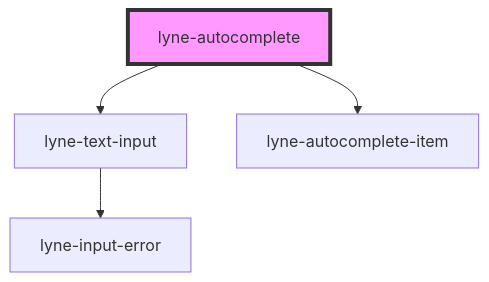
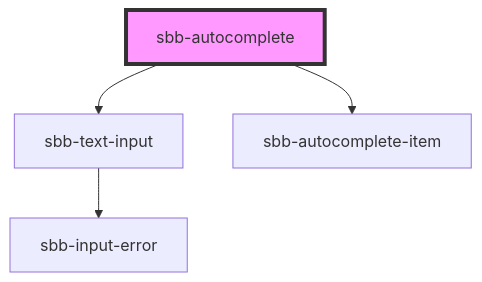
Before and after one commit to sbb-design-systems/lyne-components: the diagram in src/components/sbb-autocomplete/readme.md, drawn with Mermaid. The commit also changed other lines of this file and 348 other files, not shown here.

Commit message:
refactor: 'lyne' prefix renamed to 'sbb'

````diff
--- a/src/components/sbb-autocomplete/readme.md
+++ b/src/components/sbb-autocomplete/readme.md
@@ -33,7 +33,7 @@
 ```mermaid
 graph TD;
-  lyne-autocomplete --> lyne-text-input
-  lyne-autocomplete --> lyne-autocomplete-item
-  lyne-text-input --> lyne-input-error
-  style lyne-autocomplete fill:#f9f,stroke:#333,stroke-width:4px
+  sbb-autocomplete --> sbb-text-input
+  sbb-autocomplete --> sbb-autocomplete-item
+  sbb-text-input --> sbb-input-error
+  style sbb-autocomplete fill:#f9f,stroke:#333,stroke-width:4px
 ```
````
